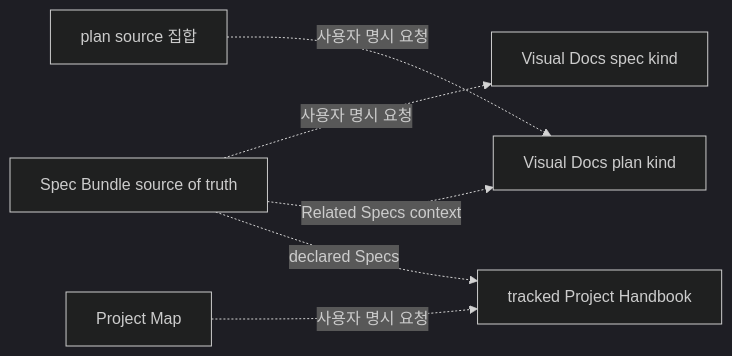
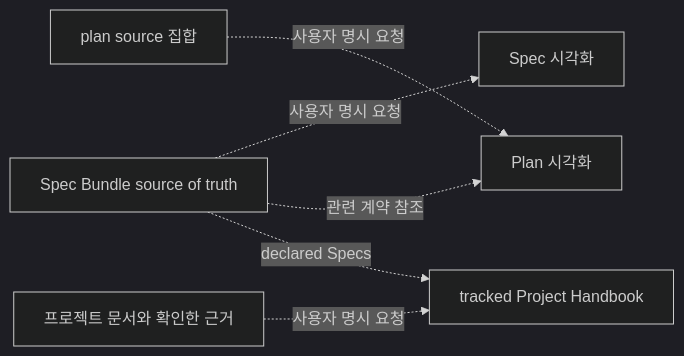
Before and after one commit to hope1026/aiagent-plugins: the second of 3 diagrams in docs/specs/semantic-spec-bundles/semantic-spec-bundle-contract.md, drawn with Mermaid (dark theme). The commit also changed other lines of this file and 115 other files, not shown here.

````diff
--- a/docs/specs/semantic-spec-bundles/semantic-spec-bundle-contract.md
+++ b/docs/specs/semantic-spec-bundles/semantic-spec-bundle-contract.md
@@ -52,8 +52,8 @@
 ```mermaid
 flowchart LR
-    S["Spec Bundle source of truth"] -. 사용자 명시 요청 .-> R["Visual Docs spec kind"]
-    L["plan source 집합"] -. 사용자 명시 요청 .-> V["Visual Docs plan kind"]
-    S -. Related Specs context .-> V
-    M["Project Map"] -. 사용자 명시 요청 .-> H["tracked Project Handbook"]
+    S["Spec Bundle source of truth"] -. 사용자 명시 요청 .-> R["Spec 시각화"]
+    L["plan source 집합"] -. 사용자 명시 요청 .-> V["Plan 시각화"]
+    S -. 관련 계약 참조 .-> V
+    M["프로젝트 문서와 확인한 근거"] -. 사용자 명시 요청 .-> H["tracked Project Handbook"]
     S -. declared Specs .-> H
 ```
````
